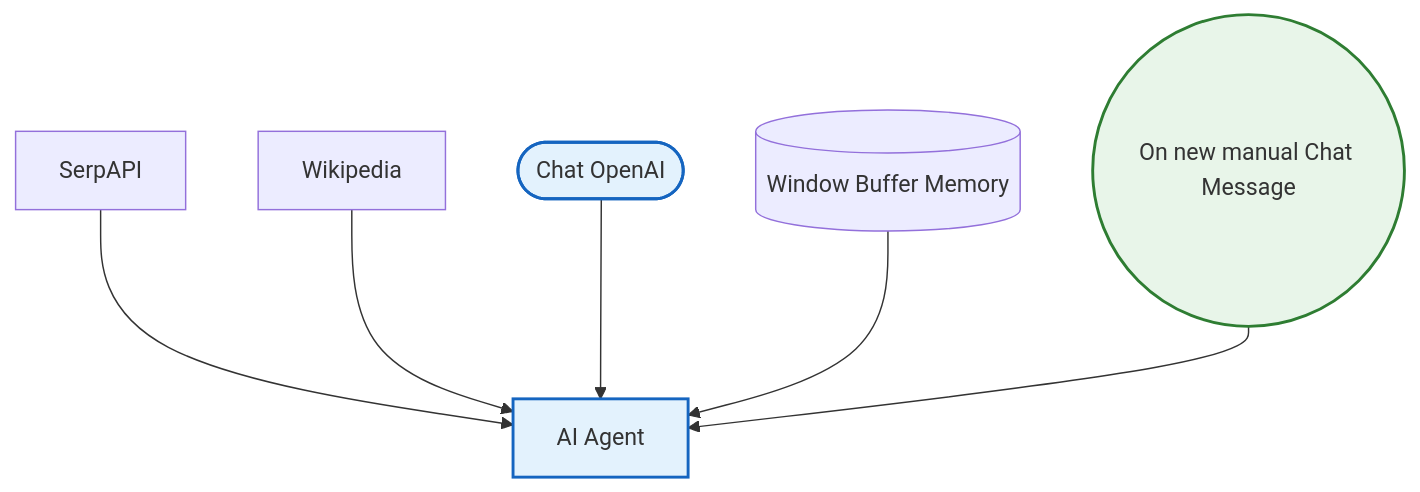
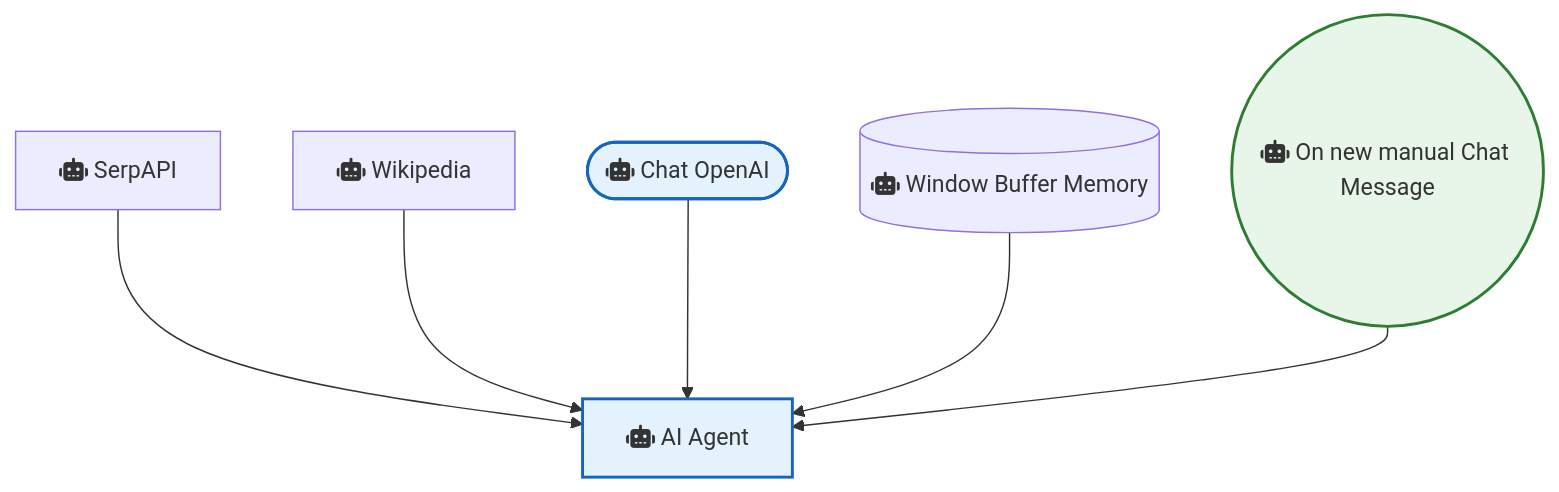
One commit to sreyash3105/N8N-DEMO-AUTOMATIONS changed the diagram in OpenAI_and_LLMs/AI chatbot that can search the web.md. Above: the diagram before and after it, drawn with Mermaid. The commit also changed 291 other files, not shown here.

````diff
--- a/OpenAI_and_LLMs/AI chatbot that can search the web.md
+++ b/OpenAI_and_LLMs/AI chatbot that can search the web.md
@@ -1,19 +1,19 @@
 ```mermaid
 graph TD
     classDef trigger fill:#e8f5e9,stroke:#2e7d32,stroke-width:2px;
     classDef ai fill:#e3f2fd,stroke:#1565c0,stroke-width:2px;
     classDef logic fill:#fff3e0,stroke:#ef6c00,stroke-width:2px;
 
-    On_new_manual_Chat_Message(("On new manual Chat Message")):::trigger
-    Chat_OpenAI(["Chat OpenAI"]):::ai
-    Wikipedia["Wikipedia"]
-    Window_Buffer_Memory[("Window Buffer Memory")]
-    SerpAPI["SerpAPI"]
-    AI_Agent["AI Agent"]:::ai
+    On_new_manual_Chat_Message(("fas:fa-robot On new manual Chat Message")):::trigger
+    Chat_OpenAI(["fas:fa-robot Chat OpenAI"]):::ai
+    Wikipedia["fas:fa-robot Wikipedia"]
+    Window_Buffer_Memory[("fas:fa-robot Window Buffer Memory")]
+    SerpAPI["fas:fa-robot SerpAPI"]
+    AI_Agent["fas:fa-robot AI Agent"]:::ai
 
     SerpAPI --> AI_Agent
     Wikipedia --> AI_Agent
     Chat_OpenAI --> AI_Agent
     Window_Buffer_Memory --> AI_Agent
     On_new_manual_Chat_Message --> AI_Agent
 ```
````
